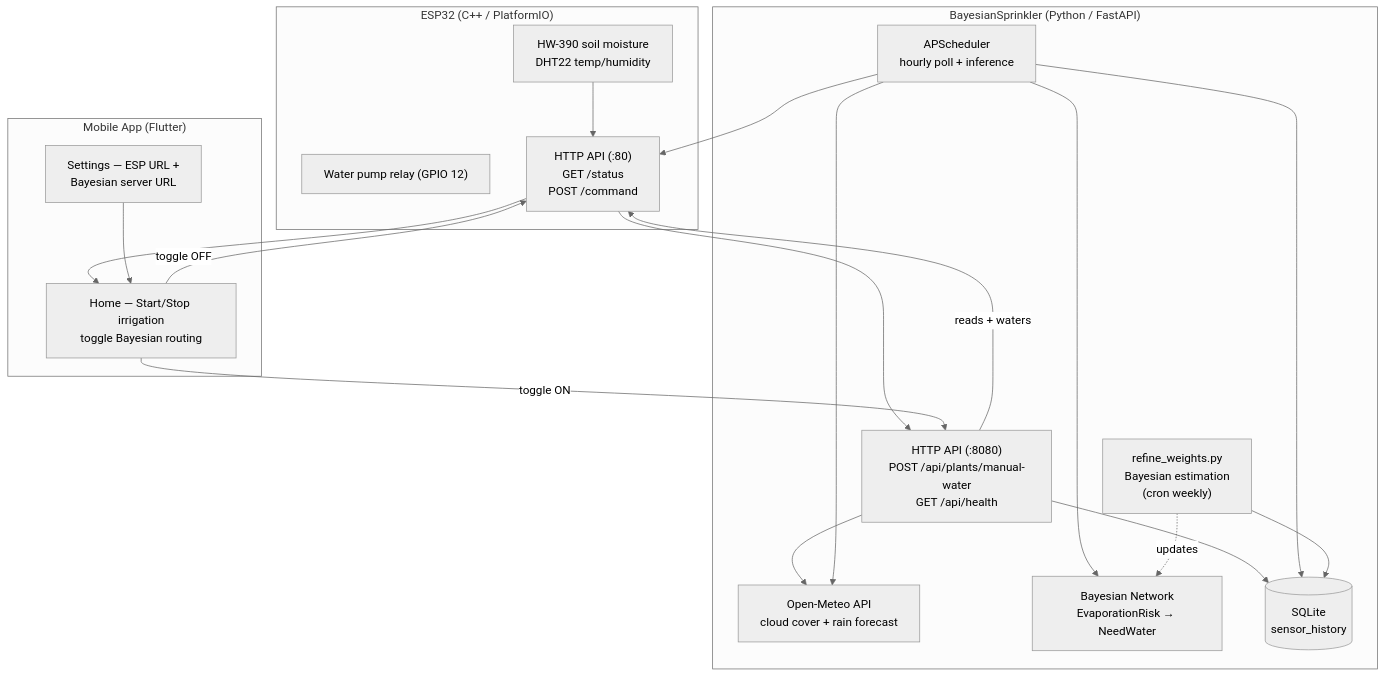
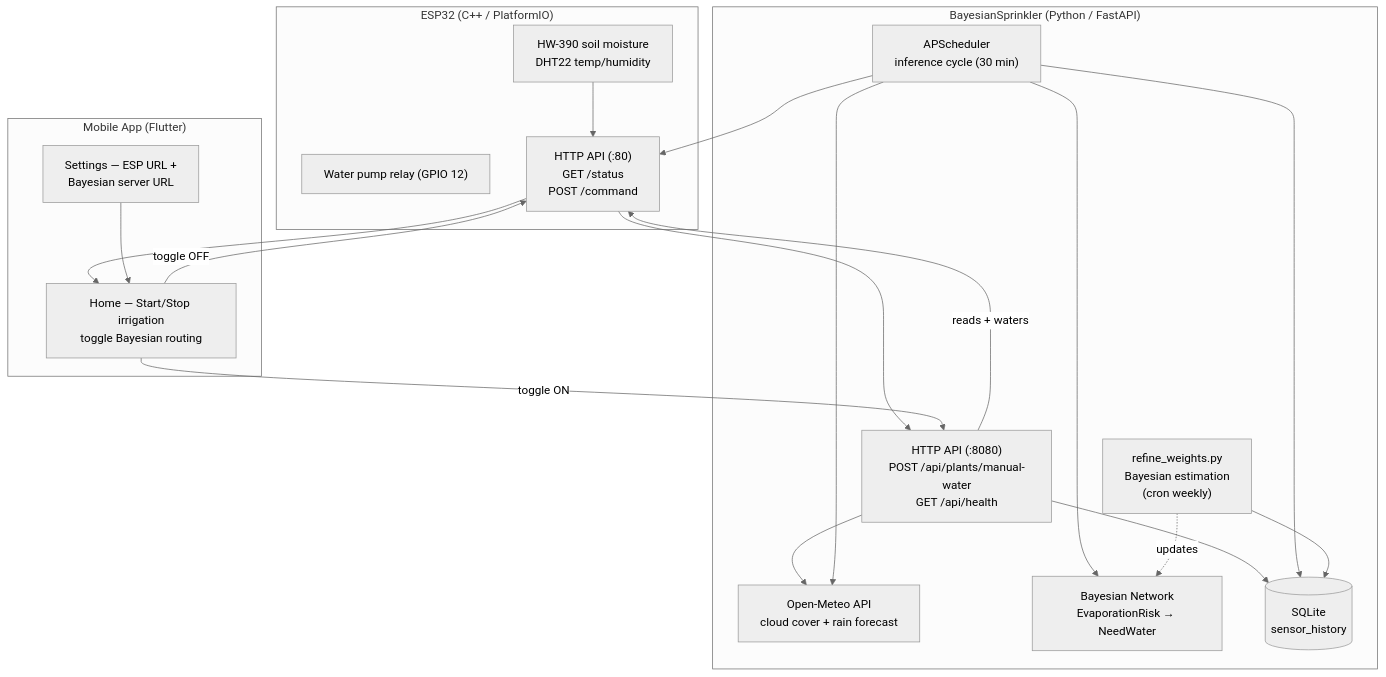
The diagram in README.md (AleMuzzi/SmartSprinkler), drawn with Mermaid (neutral theme) before and after one commit. The commit also changed other lines of this file and 9 other files, not shown here.

First line of the commit message:
Simplify polling: single inference cycle, fix Settings tests, ESP health check

````diff
--- a/README.md
+++ b/README.md
@@ -7,40 +7,40 @@
 ```mermaid
 graph TB
     subgraph "ESP32 (C++ / PlatformIO)"
         SENSORS["HW-390 soil moisture<br/>DHT22 temp/humidity"]
         PUMP["Water pump relay (GPIO 12)"]
         API_ESP["HTTP API (:80)<br/>GET /status<br/>POST /command"]
     end
 
     subgraph "Mobile App (Flutter)"
         HOME["Home — Start/Stop irrigation<br/>toggle Bayesian routing"]
         SETTINGS["Settings — ESP URL +<br/>Bayesian server URL"]
     end
 
     subgraph "BayesianSprinkler (Python / FastAPI)"
         WX["Open-Meteo API<br/>cloud cover + rain forecast"]
         BN["Bayesian Network<br/>EvaporationRisk → NeedWater"]
         DB[("SQLite<br/>sensor_history")]
         API_BS["HTTP API (:8080)<br/>POST /api/plants/manual-water<br/>GET /api/health"]
-        WORKER["APScheduler<br/>hourly poll + inference"]
+        WORKER["APScheduler<br/>inference cycle (30 min)"]
         REFINE["refine_weights.py<br/>Bayesian estimation<br/>(cron weekly)"]
     end
 
     SENSORS --> API_ESP
     API_ESP --> API_BS
     API_ESP --> HOME
 
     HOME -->|"toggle ON"| API_BS
     HOME -->|"toggle OFF"| API_ESP
     SETTINGS --> HOME
 
     API_BS -->|reads + waters| API_ESP
     API_BS --> WX
     API_BS --> DB
     WORKER --> API_ESP
     WORKER --> WX
     WORKER --> BN
     WORKER --> DB
     REFINE --> DB
     REFINE -.->|updates| BN
 ```
````
